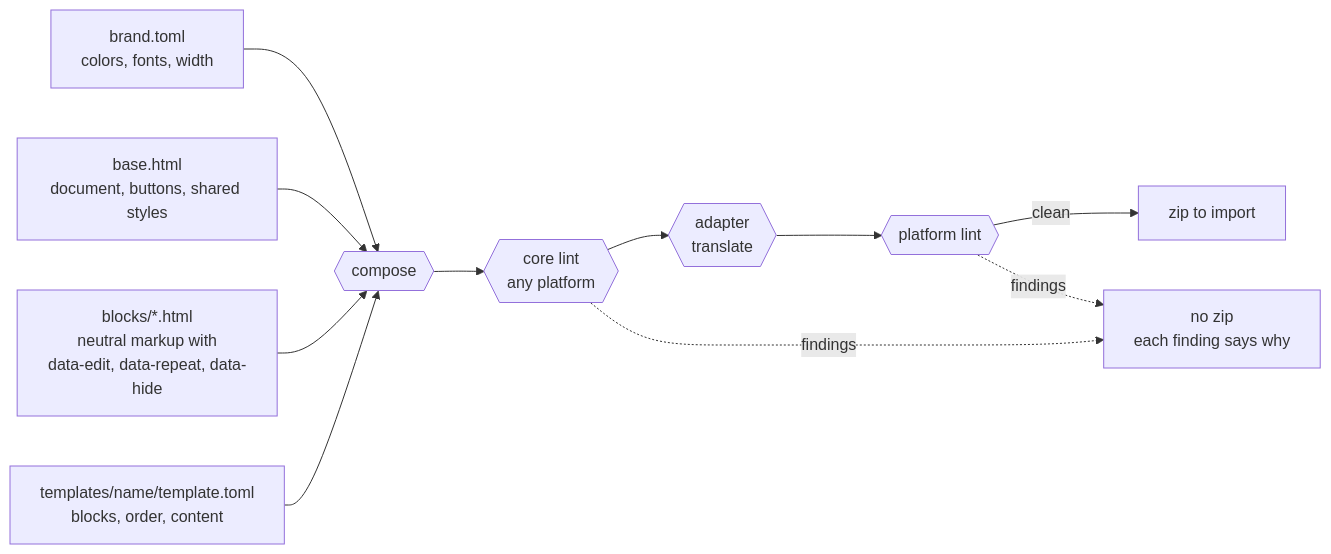
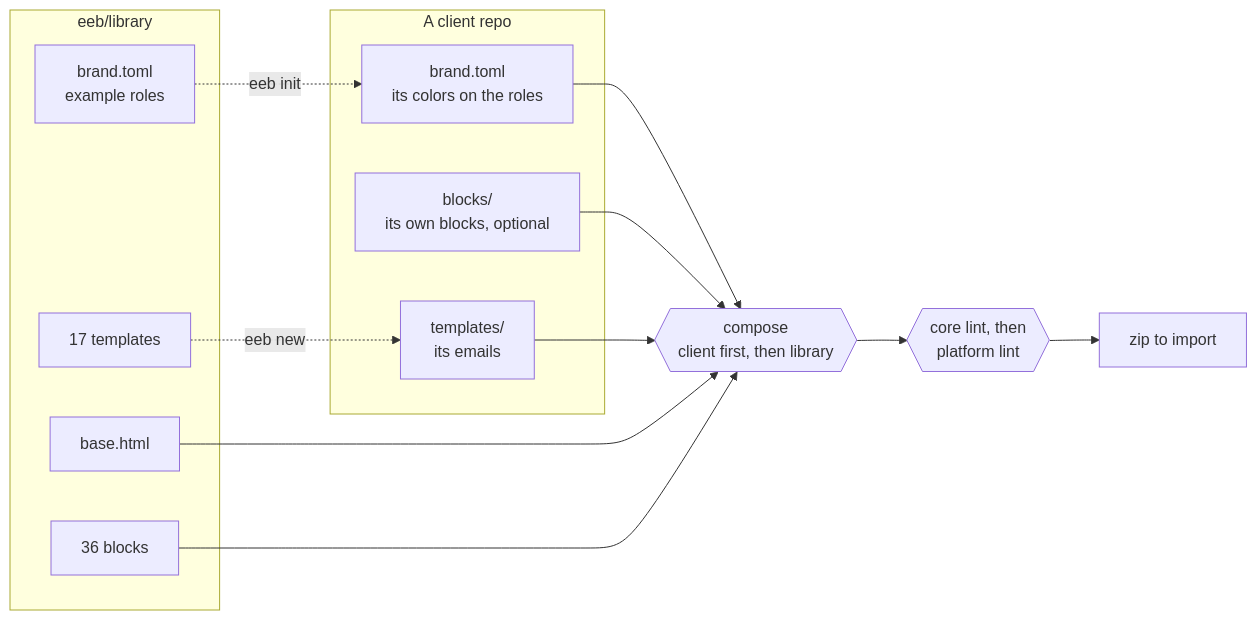
The diagram in README.md (hulavalle/editable-email-builder), drawn with Mermaid before and after one commit. The commit also changed other lines of this file and 109 other files, not shown here.

First line of the commit message:
Ship a library of 36 blocks and 17 starting templates inside the engine

````diff
--- a/README.md
+++ b/README.md
@@ -37,22 +40,26 @@
 ```mermaid
 flowchart LR
-    brand["brand.toml<br/>colors, fonts, width"]
-    base["base.html<br/>document, buttons, shared styles"]
-    blocks["blocks/*.html<br/>neutral markup with<br/>data-edit, data-repeat, data-hide"]
-    template["templates/name/template.toml<br/>blocks, order, content"]
-    compose{{"compose"}}
-    core{{"core lint<br/>any platform"}}
-    adapter{{"adapter<br/>translate"}}
-    esp{{"platform lint"}}
+    subgraph library["eeb/library"]
+        lbrand["brand.toml<br/>example roles"]
+        lbase["base.html"]
+        lblocks["36 blocks"]
+        ltemplates["17 templates"]
+    end
+    subgraph client["A client repo"]
+        cbrand["brand.toml<br/>its colors on the roles"]
+        cblocks["blocks/<br/>its own blocks, optional"]
+        ctemplates["templates/<br/>its emails"]
+    end
+    compose{{"compose<br/>client first, then library"}}
+    lint{{"core lint, then<br/>platform lint"}}
     zip["zip to import"]
-    stop["no zip<br/>each finding says why"]
 
-    brand --> compose
-    base --> compose
-    blocks --> compose
-    template --> compose
-    compose --> core --> adapter --> esp
-    esp -- "clean" --> zip
-    core -. "findings" .-> stop
-    esp -. "findings" .-> stop
+    ltemplates -. "eeb new" .-> ctemplates
+    lbrand -. "eeb init" .-> cbrand
+    cbrand --> compose
+    cblocks --> compose
+    ctemplates --> compose
+    lbase --> compose
+    lblocks --> compose
+    compose --> lint --> zip
 ```
````
